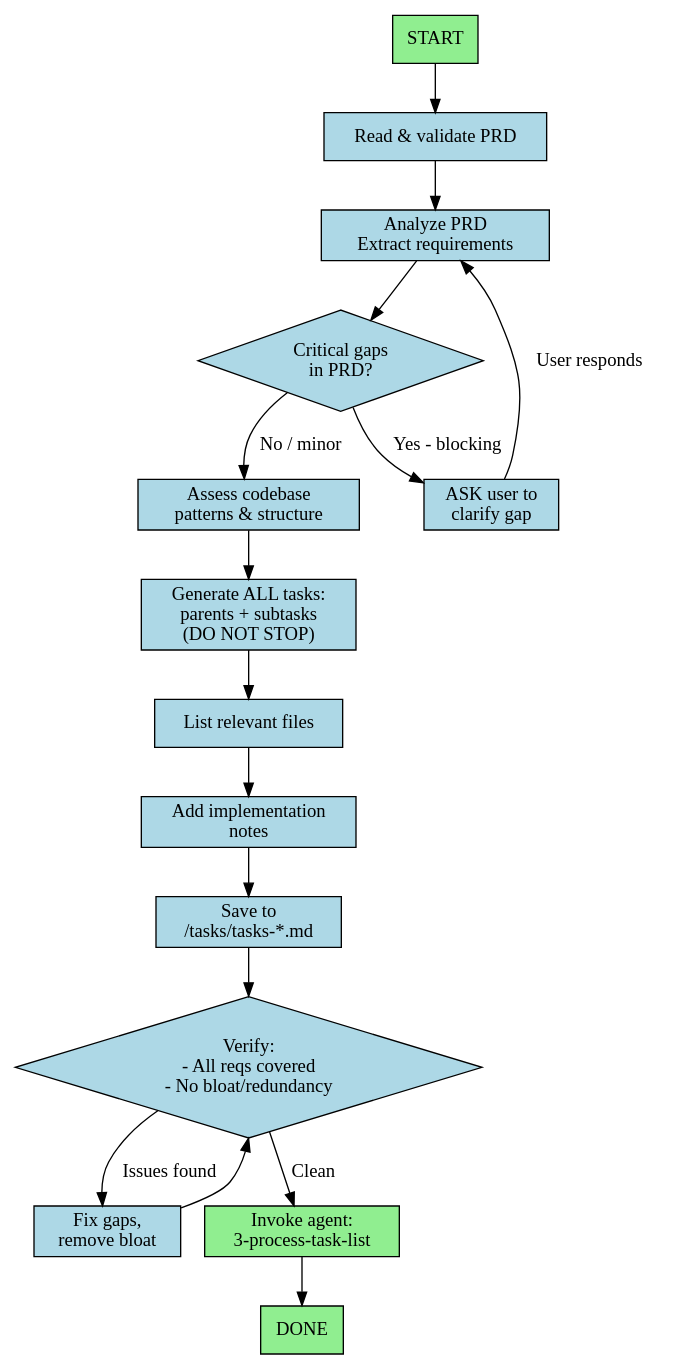
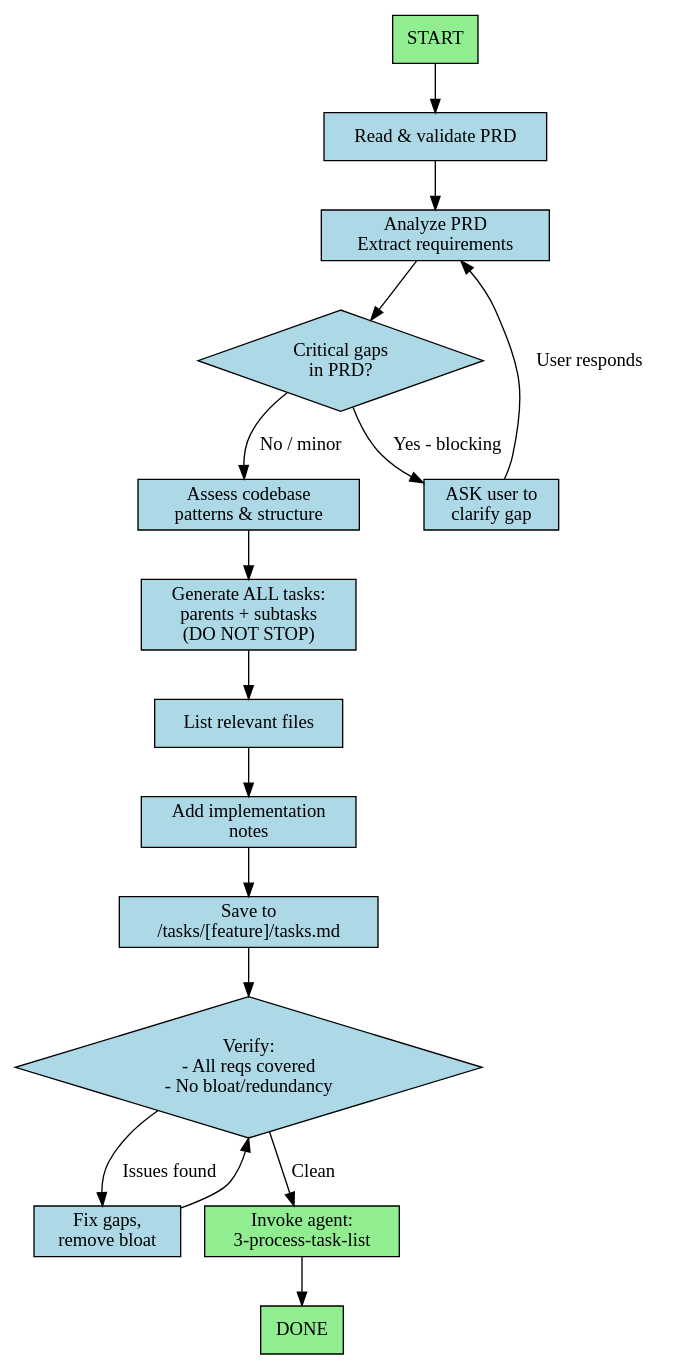
One commit to amrhas82/agentic-toolkit changed the diagram in ai/subagentic/claude/agents/2-generate-tasks.md. Above: the diagram before and after it, drawn with Graphviz. The commit also changed other lines of this file and 21 other files, not shown here.

````diff
--- a/ai/subagentic/claude/agents/2-generate-tasks.md
+++ b/ai/subagentic/claude/agents/2-generate-tasks.md
@@ -19,37 +19,37 @@
 ```dot
 digraph GenerateTasks {
   rankdir=TB;
   node [shape=box, style=filled, fillcolor=lightblue];
 
   start [label="START", fillcolor=lightgreen];
   read_prd [label="Read & validate PRD"];
   analyze [label="Analyze PRD\nExtract requirements"];
   check_gaps [label="Critical gaps\nin PRD?", shape=diamond];
   ask_user [label="ASK user to\nclarify gap"];
   assess_codebase [label="Assess codebase\npatterns & structure"];
   generate_all [label="Generate ALL tasks:\nparents + subtasks\n(DO NOT STOP)"];
   list_files [label="List relevant files"];
   add_notes [label="Add implementation\nnotes"];
-  save [label="Save to\n/tasks/tasks-*.md"];
+  save [label="Save to\n/tasks/[feature]/tasks.md"];
   self_verify [label="Verify:\n- All reqs covered\n- No bloat/redundancy", shape=diamond];
   fix_issues [label="Fix gaps,\nremove bloat"];
   invoke_next [label="Invoke agent:\n3-process-task-list", fillcolor=lightgreen];
   done [label="DONE", fillcolor=lightgreen];
 
   start -> read_prd;
   read_prd -> analyze;
   analyze -> check_gaps;
   check_gaps -> ask_user [label="Yes - blocking"];
   check_gaps -> assess_codebase [label="No / minor"];
   ask_user -> analyze [label="User responds"];
   assess_codebase -> generate_all;
   generate_all -> list_files;
   list_files -> add_notes;
   add_notes -> save;
   save -> self_verify;
   self_verify -> fix_issues [label="Issues found"];
   self_verify -> invoke_next [label="Clean"];
   fix_issues -> self_verify;
   invoke_next -> done;
 }
 ```
````
